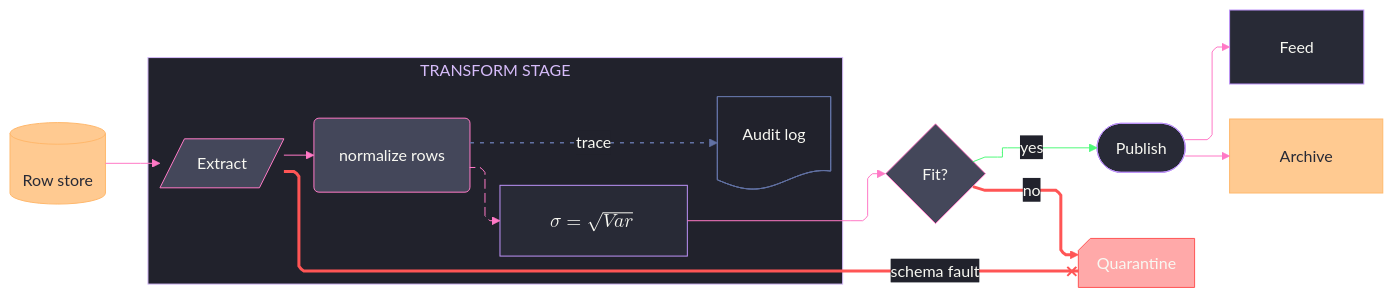
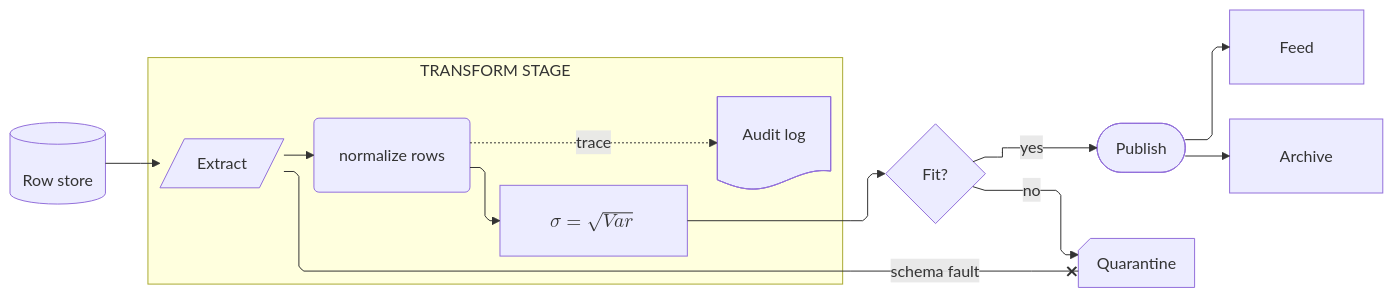
One commit to bsamiee/Rasm changed the first of 5 diagrams in .claude/skills/mermaid-diagramming/references/syntax-core.md. Above: the diagram before and after it, drawn with Mermaid. The commit also changed other lines of this file and 28 other files, not shown here.

Commit message:
skills(docgen+mermaid): payload-only diagram law — docgen gate/fixer strips fence styling; mermaid bundle sheds the styling canon, theming survives as one opt-in reference

````diff
--- a/.claude/skills/mermaid-diagramming/references/syntax-core.md
+++ b/.claude/skills/mermaid-diagramming/references/syntax-core.md
@@ -13,59 +13,24 @@
 ```mermaid
 ---
 config:
-  theme: base
-  look: classic
   layout: elk
   flowchart:
     curve: linear
     padding: 25
-  themeVariables:
-    darkMode: true
-    fontFamily: "SF Mono, Menlo, Cascadia Mono, Segoe UI Mono, Consolas, monospace"
-    useGradient: false
-    dropShadow: "none"
-    background: "#282A36"
-    primaryColor: "#44475A"
-    primaryTextColor: "#F8F8F2"
-    primaryBorderColor: "#BD93F9"
-    mainBkg: "#44475A"
-    nodeBorder: "#BD93F9"
-    lineColor: "#FF79C6"
-    textColor: "#F8F8F2"
-    titleColor: "#D6BCFA"
-    clusterBkg: "#21222C"
-    clusterBorder: "#D6BCFA"
-    edgeLabelBackground: "#21222C"
-    labelBackgroundColor: "#21222C"
-  themeCSS: ".nodeLabel{font-size:13px;font-weight:500}.edgeLabel{font-size:12px;font-weight:500}.cluster-label .nodeLabel{font-size:13.5px;font-weight:700;letter-spacing:.08em}.edge-thickness-normal{stroke-width:2px}.edge-thickness-thick{stroke-width:3px}.edge-pattern-dashed,.edge-pattern-dotted{stroke-width:1.5px;stroke-dasharray:4 6}.node rect,.node circle,.node polygon,.node path,.node .outer-path{stroke-width:1.5px;filter:none!important}.cluster rect{stroke-width:1px!important;stroke-dasharray:5 4!important;filter:none!important}.marker path{transform:scale(.8);transform-origin:5px 5px}.marker circle{transform:scale(.48);transform-origin:5px 5px}.edgeLabel rect{transform-box:fill-box;transform-origin:center;transform:scale(1.1,1.2)}"
 ---
 flowchart LR
     accTitle: Flowchart metadata demo
     accDescr: A row store extracted, normalized inside the transform stage, scored with a fault rail converging on quarantine, exercising shape metadata, markdown labels, KaTeX, fan-out, and an animated edge id.
     Store@{ shape: cyl, label: "Row store" } --> Extract@{ shape: lean-r, label: "Extract" }
     subgraph stage[TRANSFORM STAGE]
         direction LR
         Extract --> Norm("`normalize rows`")
         Norm e1@--> Score["$$\sigma = \sqrt{Var}$$"]
         Norm -.->|"trace"| Audit@{ shape: doc, label: "Audit log" }
     end
     Score --> Gate{Fit?}
     Gate -->|"yes"| Publish@{ shape: stadium, label: "Publish" }
     Gate -->|"no"| Quarantine@{ shape: notch-rect, label: "Quarantine" }
     Extract -- "schema fault" --x Quarantine
     Publish --> Feed & Archive
-    e1@{ animate: true }
-    classDef primary fill:#44475A,stroke:#FF79C6,color:#F8F8F2
-    classDef data fill:#FFB86CBF,stroke:#FFB86C,color:#282A36
-    classDef boundary fill:#282A36,stroke:#BD93F9,color:#F8F8F2
-    classDef error fill:#FF555580,stroke:#FF5555,color:#F8F8F2
-    classDef annotation fill:#21222C,stroke:#6272A4,color:#F8F8F2
-    class Extract,Norm,Gate primary
-    class Store,Archive data
-    class Score,Publish,Feed boundary
-    class Quarantine error
-    class Audit annotation
-    linkStyle 3 stroke:#6272A4,color:#F8F8F2,stroke-width:1.5px,stroke-dasharray:4 6
-    linkStyle 5 stroke:#50FA7B,color:#F8F8F2
-    linkStyle 6,7 stroke:#FF5555,stroke-width:3px,color:#F8F8F2
 ```
````
